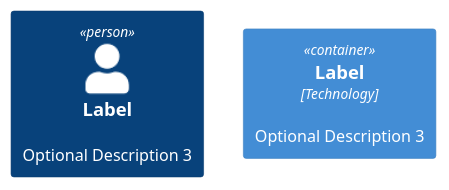
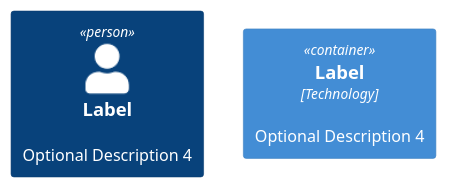
The diagram in diagrams/maze.puml (budgiedownunder/maze), drawn with PlantUML before and after one commit. The commit also changed 1 other file, not shown here.

```diff
--- a/diagrams/maze.puml
+++ b/diagrams/maze.puml
@@ -1,7 +1,7 @@
 @startuml
 
 !include https://raw.githubusercontent.com/plantuml-stdlib/C4-PlantUML/master/C4_Container.puml
 
-Person(personAlias, "Label", "Optional Description 3")
-Container(containerAlias, "Label", "Technology", "Optional Description 3")
+Person(personAlias, "Label", "Optional Description 4")
+Container(containerAlias, "Label", "Technology", "Optional Description 4")
 @enduml
```
